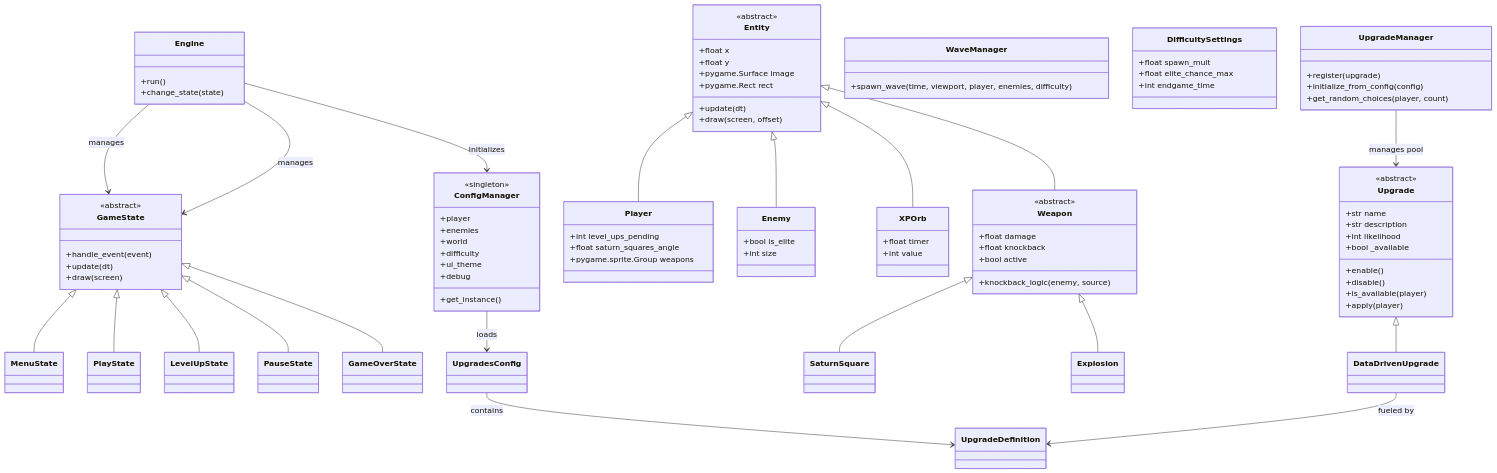
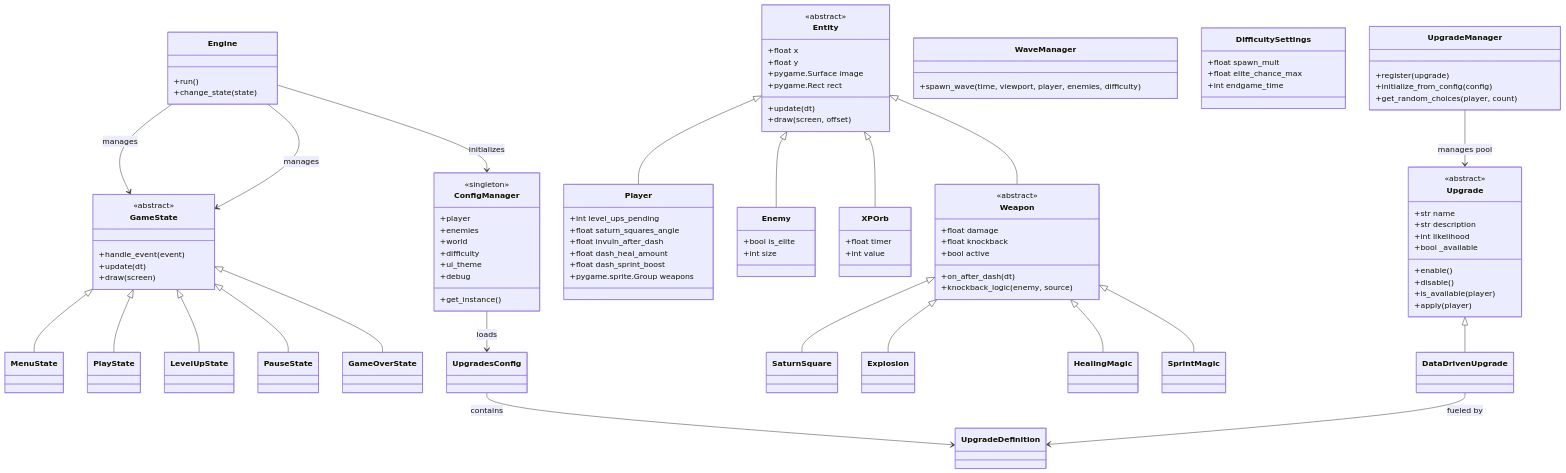
Before and after one commit to lavariall/square-survivors: the diagram in README.md, drawn with Mermaid. The commit also changed other lines of this file and 9 other files, not shown here.

Commit message:
feat: implement modular dash trigger system and magic weapons

```diff
--- a/README.md
+++ b/README.md
@@ -57,6 +57,9 @@
     class Player { 
         +int level_ups_pending
         +float saturn_squares_angle
+        +float invuln_after_dash
+        +float dash_heal_amount
+        +float dash_sprint_boost
         +pygame.sprite.Group weapons
     }
     class Enemy {
@@ -78,14 +81,19 @@
         +float damage
         +float knockback
         +bool active
+        +on_after_dash(dt)
         +knockback_logic(enemy, source)
     }
     class SaturnSquare { }
     class Explosion { }
+    class HealingMagic { }
+    class SprintMagic { }
 
     Entity <|-- Weapon
     Weapon <|-- SaturnSquare
     Weapon <|-- Explosion
+    Weapon <|-- HealingMagic
+    Weapon <|-- SprintMagic
 
     %% Systems
     class WaveManager {
```
